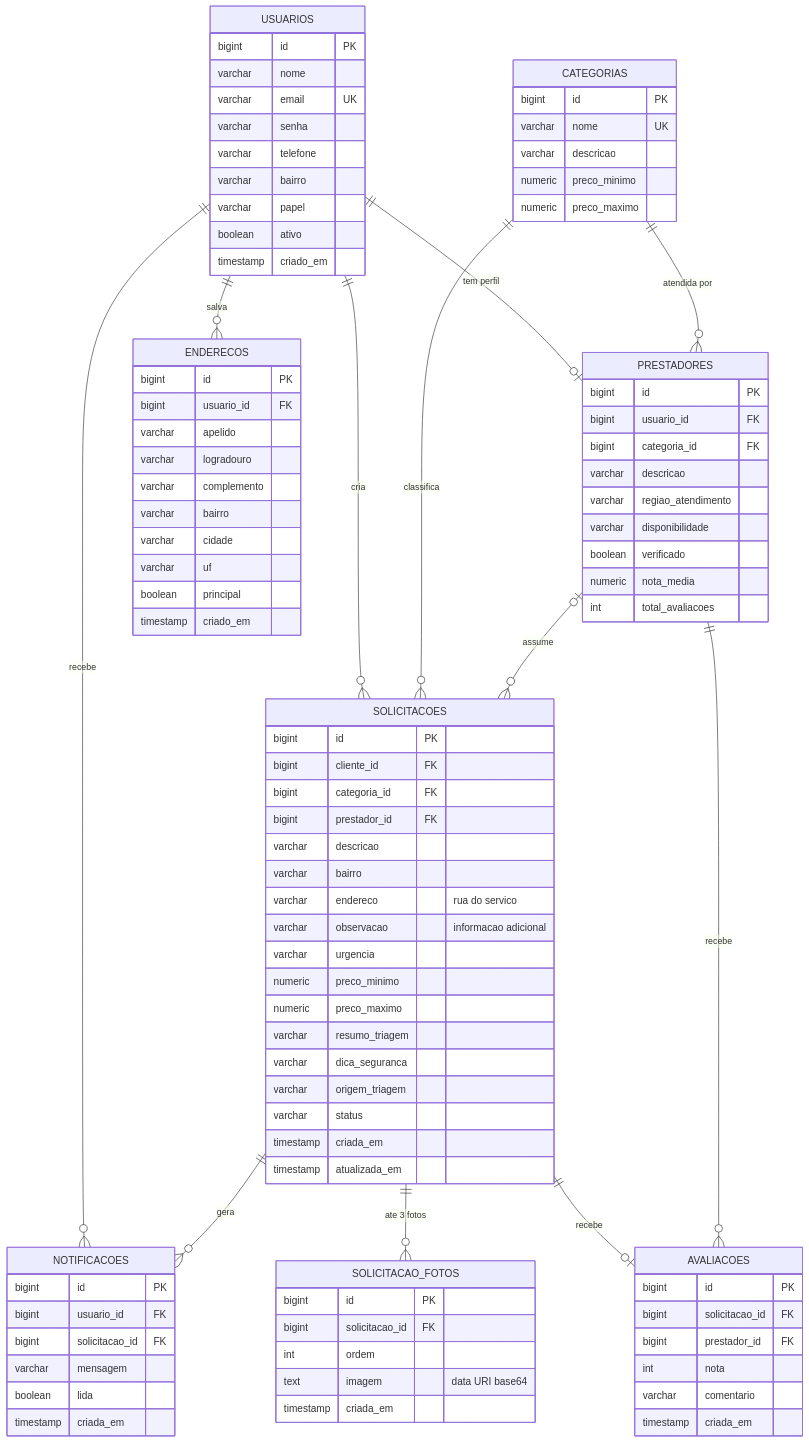
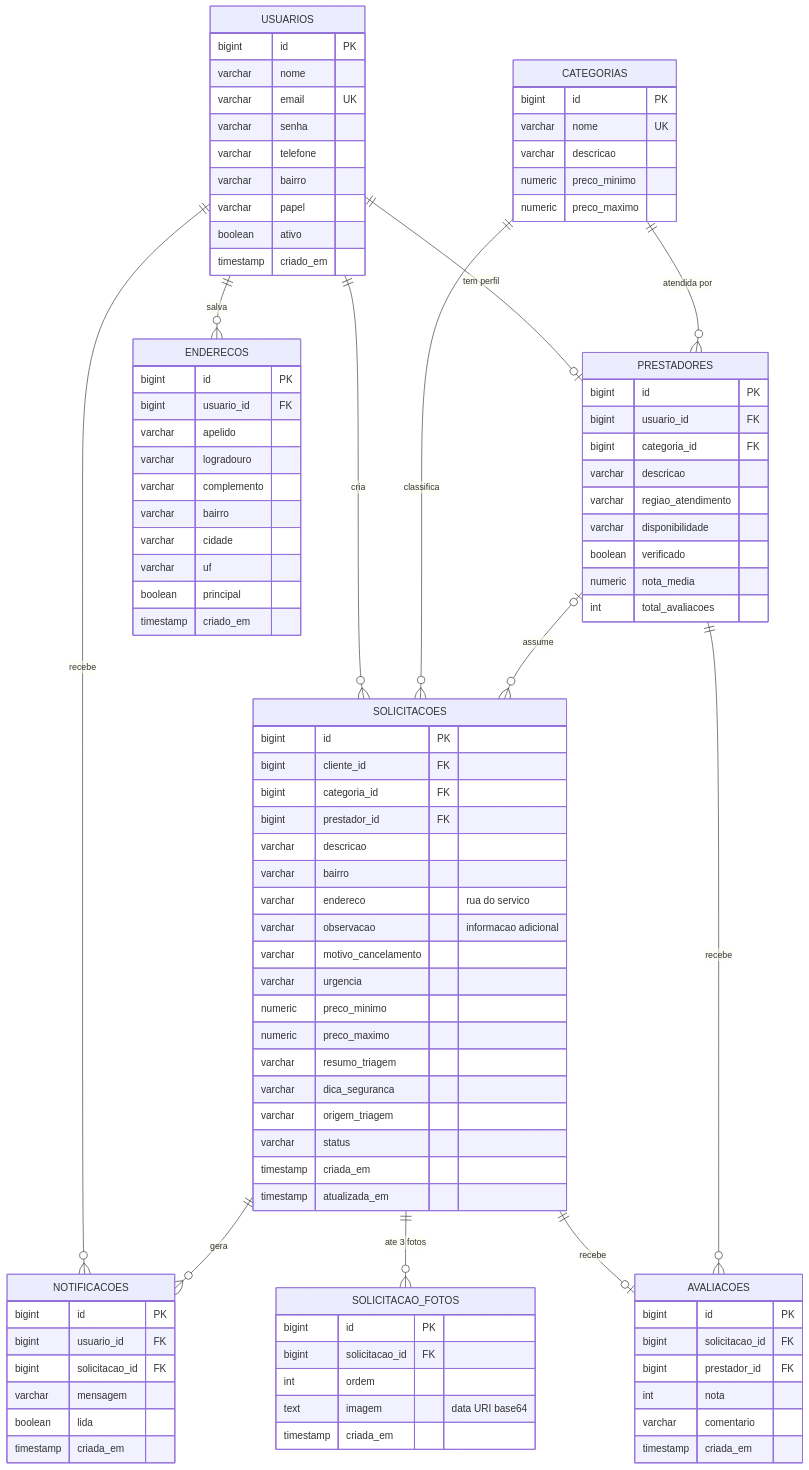
One commit to kaiky06301/bico-certo-java changed the third of 6 diagrams in README.md. Above: the diagram before and after it, drawn with Mermaid. The commit also changed other lines of this file and 9 other files, not shown here.

Commit message:
Motivo do cancelamento, acentuacao dos dados e segundo eletricista de teste

```diff
--- a/README.md
+++ b/README.md
@@ -269,6 +269,7 @@
         varchar bairro
         varchar endereco "rua do servico"
         varchar observacao "informacao adicional"
+        varchar motivo_cancelamento
         varchar urgencia
         numeric preco_minimo
         numeric preco_maximo
```
